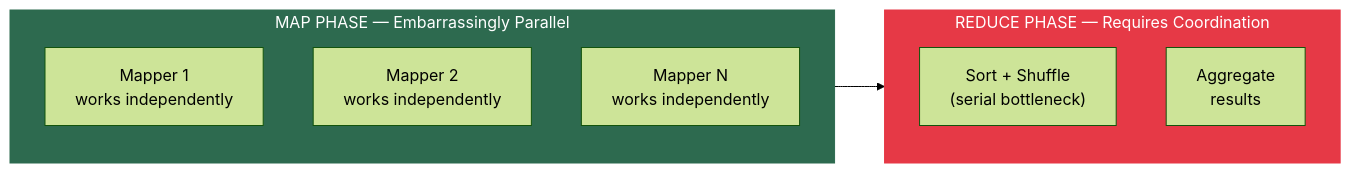
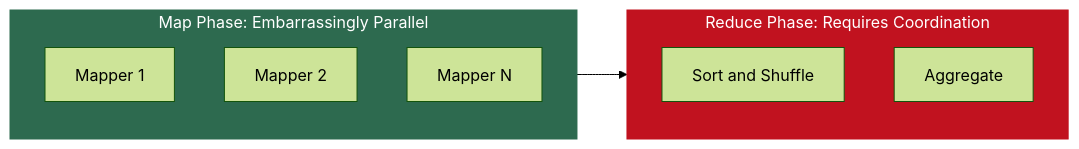
The tenth of 14 diagrams in Week1/Lecture2_Hardware_Moores_Amdahls.md (MuhammadTahaNasir/Big-Data-Analytics-Notes), drawn with Mermaid (forest theme) before and after one commit. The commit also changed other lines of this file, not shown here.

````diff
--- a/Week1/Lecture2_Hardware_Moores_Amdahls.md
+++ b/Week1/Lecture2_Hardware_Moores_Amdahls.md
@@ -297,18 +290,17 @@
 ```mermaid
 flowchart LR
-    subgraph MAP["MAP PHASE — Embarrassingly Parallel"]
-        M1["Mapper 1\nworks independently"] 
-        M2["Mapper 2\nworks independently"]
-        M3["Mapper N\nworks independently"]
+    subgraph MAP[Map Phase: Embarrassingly Parallel]
+        M1[Mapper 1] 
+        M2[Mapper 2]
+        M3[Mapper N]
+    end
+    subgraph RED[Reduce Phase: Requires Coordination]
+        R1[Sort and Shuffle]
+        R2[Aggregate]
     end
 
-    subgraph REDUCE["REDUCE PHASE — Requires Coordination"]
-        R1["Sort + Shuffle\n(serial bottleneck)"]
-        R2["Aggregate\nresults"]
-    end
-
-    MAP --> REDUCE
+    MAP --> RED
 
     style MAP fill:#2d6a4f,color:#fff,stroke:#2d6a4f
-    style REDUCE fill:#e63946,color:#fff,stroke:#e63946
+    style RED fill:#c1121f,color:#fff,stroke:#c1121f
 ```
````
